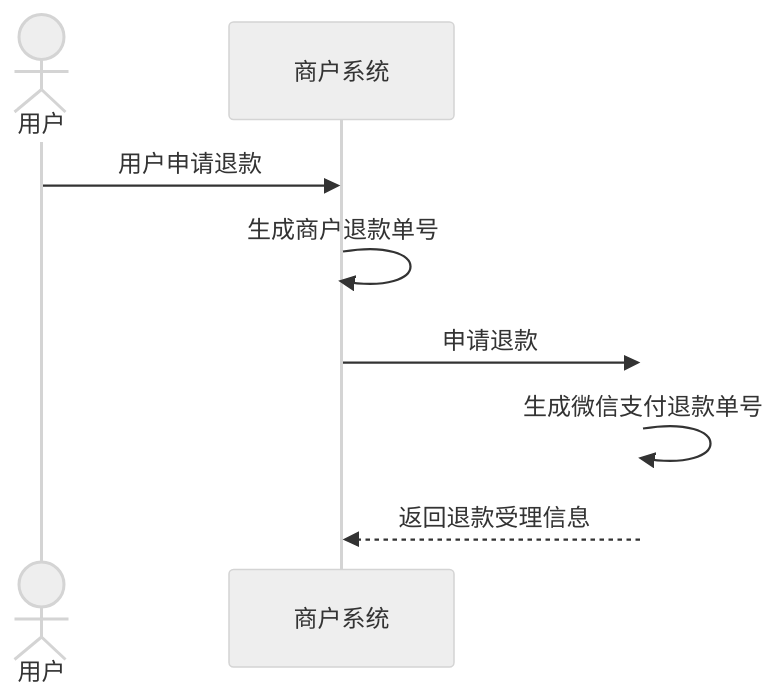
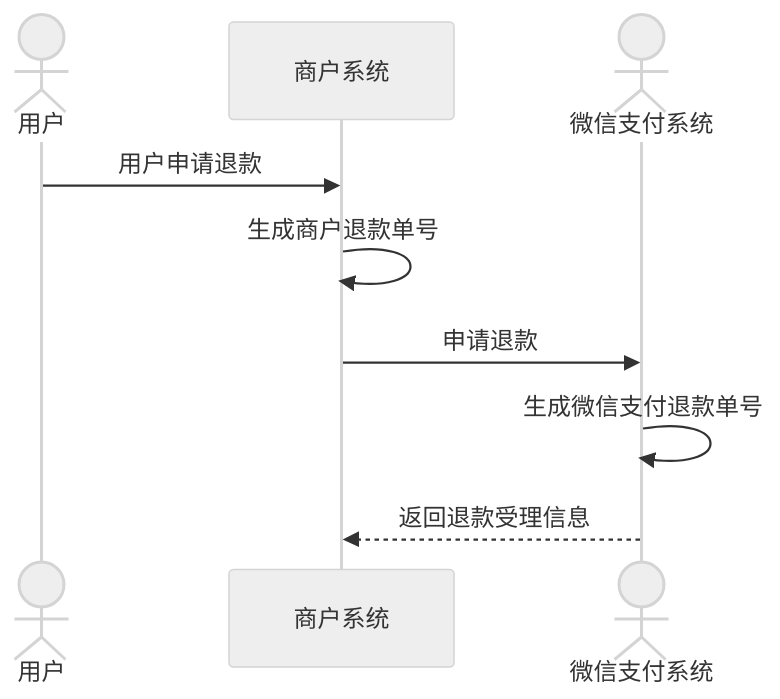
The second of 5 diagrams in docs/partner/pages/4013080623.md (minibear2021/wechatpay_docs), drawn with Mermaid (neutral theme) before and after one commit. The commit also changed other lines of this file and 18 other files, not shown here.

````diff
--- a/docs/partner/pages/4013080623.md
+++ b/docs/partner/pages/4013080623.md
@@ -38,13 +38,13 @@
 ```mermaid
 sequenceDiagram
 
         actor User as 用户
         participant Mch as 商户系统
-        participant WxPay@{ type: secondaryActor } as 微信支付系统
+        participant WxPay@{ type: actor, xwattType: secondaryActor } as 微信支付系统
 
         User->>Mch: 用户申请退款
         Mch->>Mch: 生成商户退款单号
         Mch->>WxPay: 申请退款
         WxPay->>WxPay: 生成微信支付退款单号
         WxPay-->>Mch: 返回退款受理信息
 ```
````
